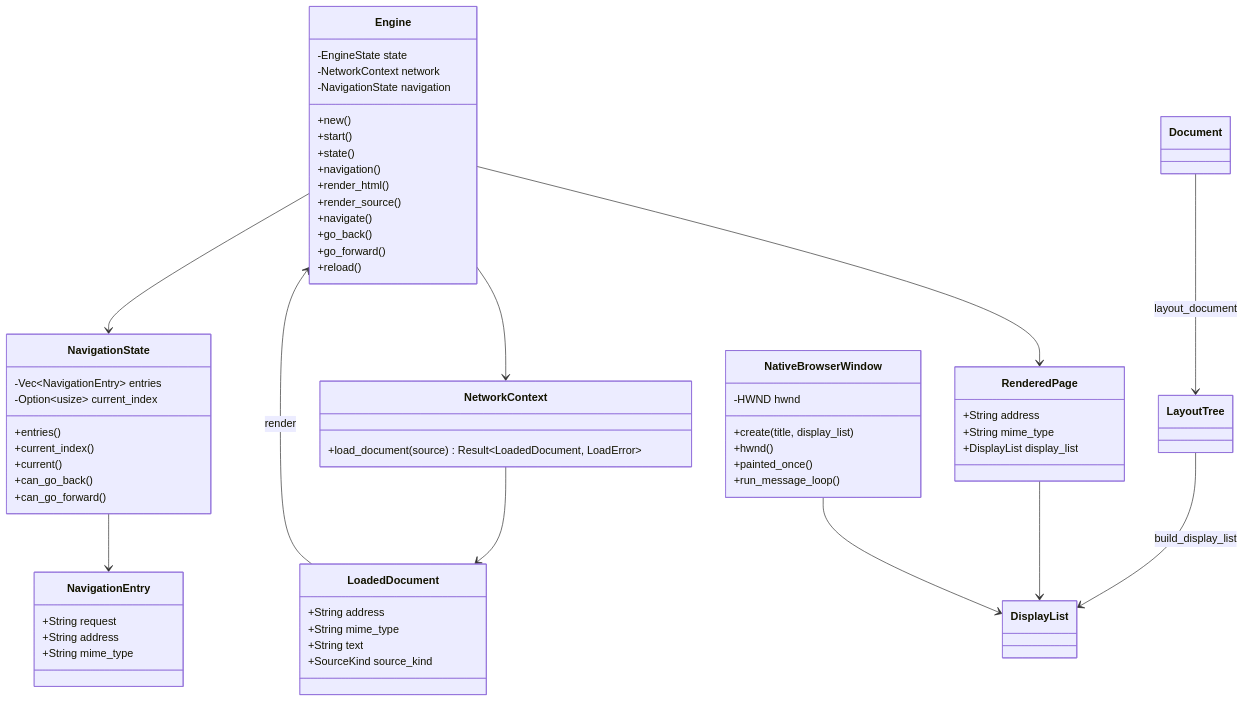
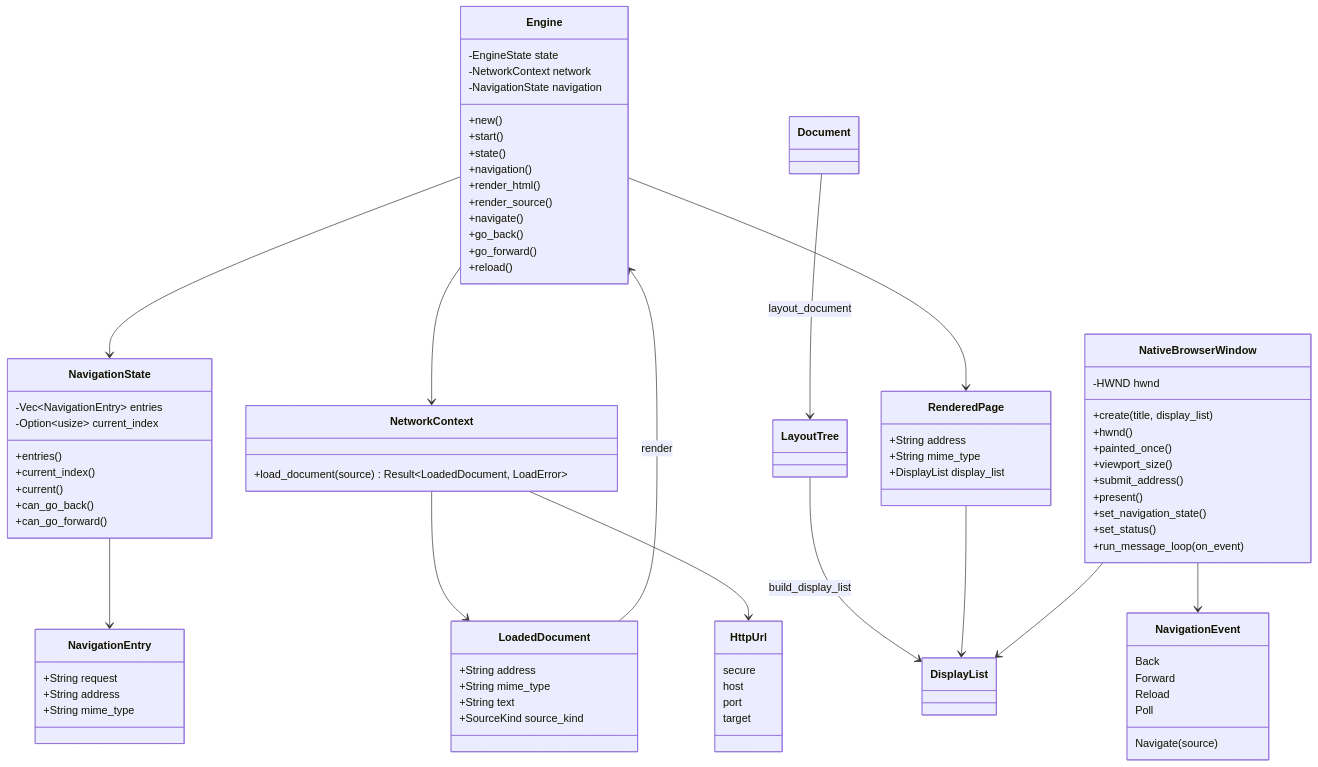
One commit to Gerbesh/OPBrowser changed the second of 2 diagrams in docs/CODE_GRAPH.md. Above: the diagram before and after it, drawn with Mermaid. The commit also changed other lines of this file and 21 other files, not shown here.

Commit message:
feat: open external HTTP and HTTPS pages from native address bar

````diff
--- a/docs/CODE_GRAPH.md
+++ b/docs/CODE_GRAPH.md
@@ -95,7 +97,27 @@
         +create(title, display_list)
         +hwnd()
         +painted_once()
-        +run_message_loop()
+        +viewport_size()
+        +submit_address()
+        +present()
+        +set_navigation_state()
+        +set_status()
+        +run_message_loop(on_event)
+    }
+
+    class NavigationEvent {
+        Navigate(source)
+        Back
+        Forward
+        Reload
+        Poll
+    }
+
+    class HttpUrl {
+        secure
+        host
+        port
+        target
     }
 
     class Document
@@ -106,10 +128,12 @@
     NavigationState --> NavigationEntry
     Engine --> NetworkContext
     NetworkContext --> LoadedDocument
+    NetworkContext --> HttpUrl
     Engine --> RenderedPage
     LoadedDocument --> Engine : render
     Document --> LayoutTree : layout_document
     LayoutTree --> DisplayList : build_display_list
     RenderedPage --> DisplayList
     NativeBrowserWindow --> DisplayList
+    NativeBrowserWindow --> NavigationEvent
 ```
````
